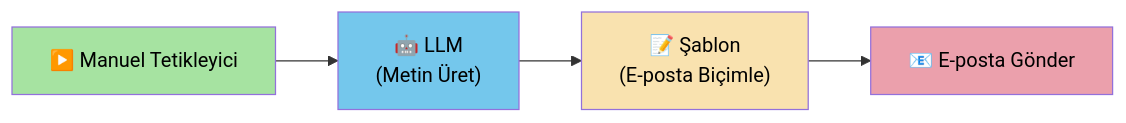
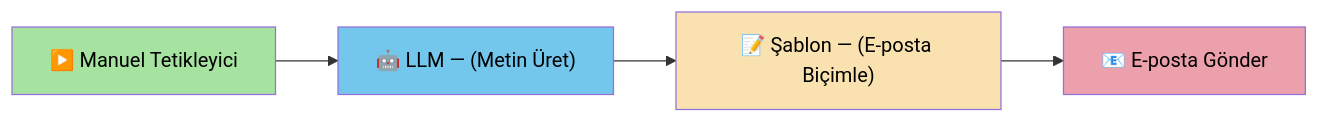
Before and after one commit to ahmetsarikaya0696/SonOfAnton: the first of 6 diagrams in docs/KULLANIM REHBERİ.md, drawn with Mermaid. The commit also changed other lines of this file and 6 other files, not shown here.

````diff
--- a/docs/KULLANIM REHBERİ.md
+++ b/docs/KULLANIM REHBERİ.md
@@ -319,11 +325,11 @@
 ```mermaid
 graph LR
-    A["▶️ Manuel Tetikleyici"] --> B["🤖 LLM<br/>(Metin Üret)"]
-    B --> C["📝 Şablon<br/>(E-posta Biçimle)"]
+    A["▶️ Manuel Tetikleyici"] --> B["🤖 LLM — (Metin Üret)"]
+    B --> C["📝 Şablon — (E-posta Biçimle)"]
     C --> D["📧 E-posta Gönder"]
 
     style A fill:#a6e3a1,color:#000
     style B fill:#74c7ec,color:#000
     style C fill:#f9e2af,color:#000
     style D fill:#eba0ac,color:#000
 ```
````
